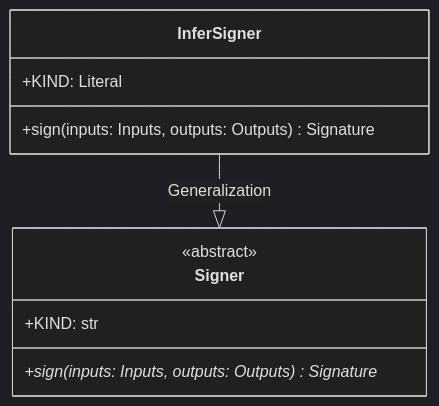
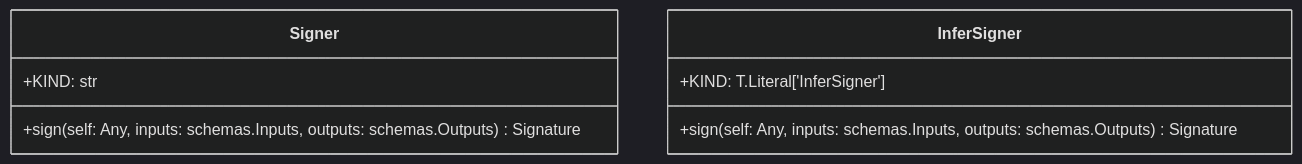
One commit to lgcorzo/mlops-python-package changed the diagram in openwiki/modules/regression_model_template/utils/signers.md. Above: the diagram before and after it, drawn with Mermaid (dark theme). The commit also changed other lines of this file and 40 other files, not shown here.

````diff
--- a/openwiki/modules/regression_model_template/utils/signers.md
+++ b/openwiki/modules/regression_model_template/utils/signers.md
@@ -26,14 +23,12 @@
 ```mermaid
 classDiagram
     direction BT
     class Signer {
-        <<abstract>>
         +KIND: str
-        +sign(inputs: Inputs, outputs: Outputs)* Signature
+        +sign(self: Any, inputs: schemas.Inputs, outputs: schemas.Outputs) Signature
     }
     class InferSigner {
-        +KIND: Literal
-        +sign(inputs: Inputs, outputs: Outputs) Signature
+        +KIND: T.Literal['InferSigner']
+        +sign(self: Any, inputs: schemas.Inputs, outputs: schemas.Outputs) Signature
     }
-    Signer <|-- InferSigner : Generalization
 ```
````
